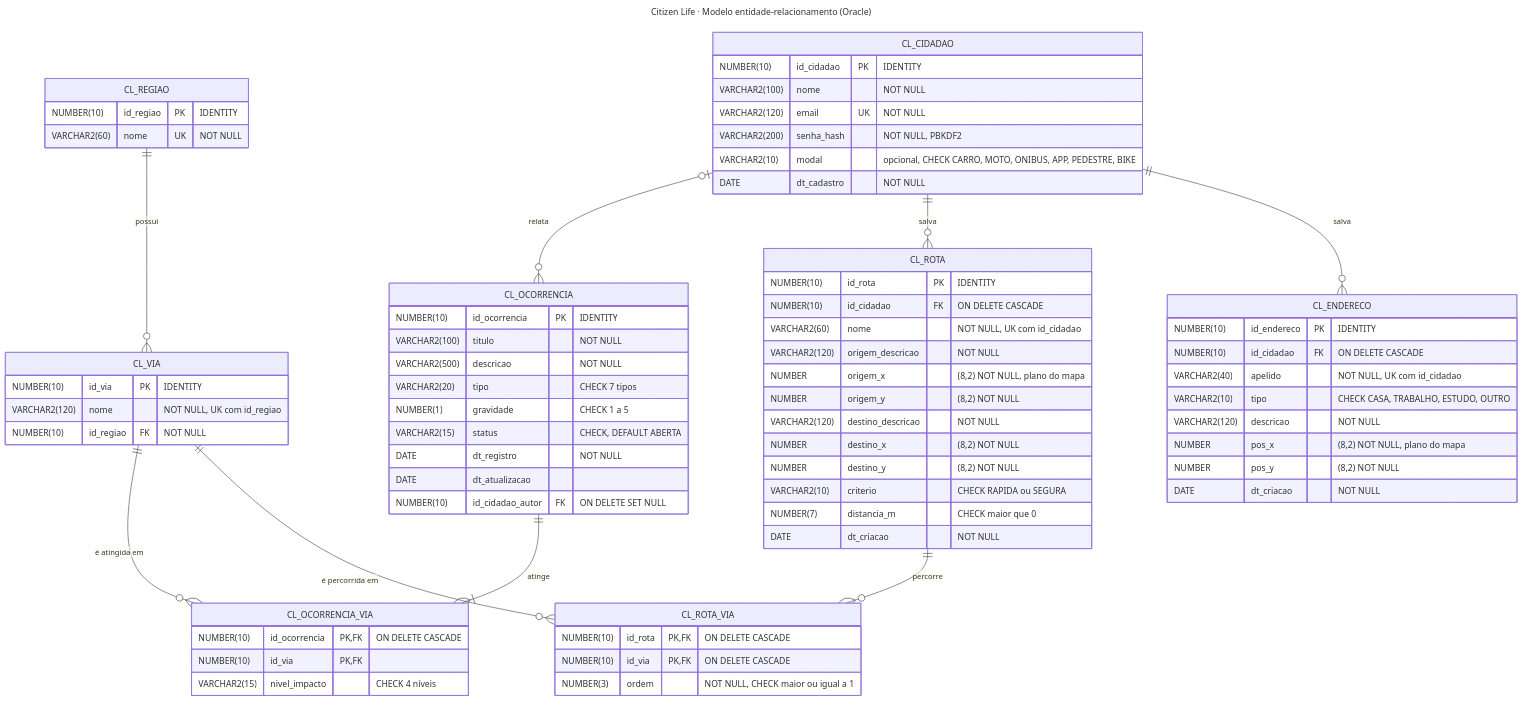
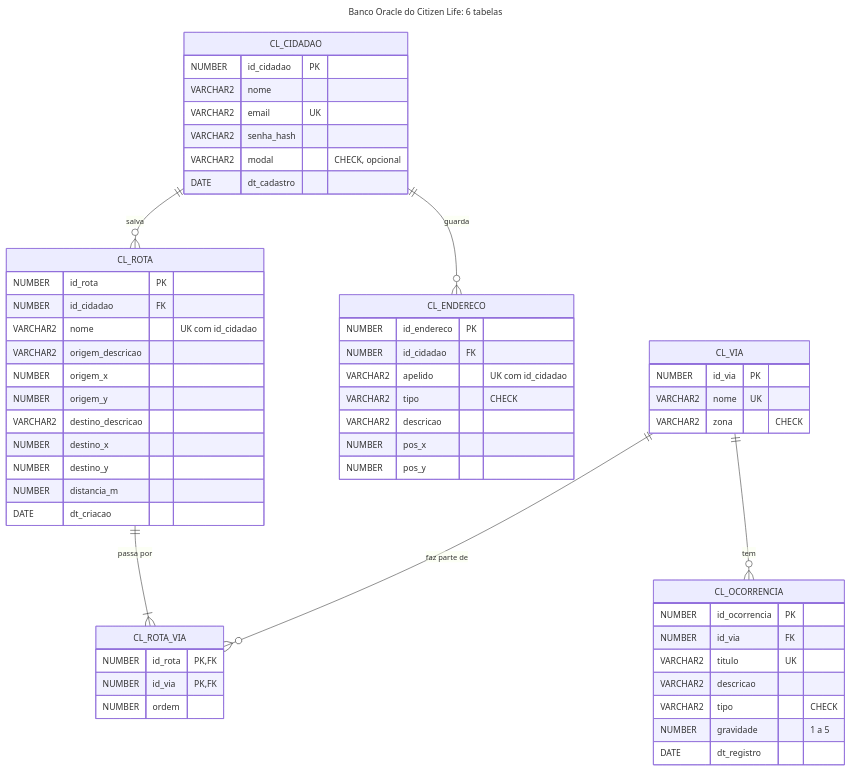
The diagram in docs/diagramas/er.mmd (lucasakira3/CitizenRoute), drawn with Mermaid before and after one commit. The commit also changed 23 other files, not shown here.

First line of the commit message:
Citizen Life simplificado: 20 classes, 6 tabelas e diagramas por camada

```diff
--- a/docs/diagramas/er.mmd
+++ b/docs/diagramas/er.mmd
@@ -1,75 +1,59 @@
 ---
-title: Citizen Life · Modelo entidade-relacionamento (Oracle)
+title: "Banco Oracle do Citizen Life: 6 tabelas"
 ---
 erDiagram
-    CL_REGIAO ||--o{ CL_VIA : "possui"
-    CL_CIDADAO |o--o{ CL_OCORRENCIA : "relata"
-    CL_OCORRENCIA ||--|{ CL_OCORRENCIA_VIA : "atinge"
-    CL_VIA ||--o{ CL_OCORRENCIA_VIA : "é atingida em"
     CL_CIDADAO ||--o{ CL_ROTA : "salva"
-    CL_ROTA ||--o{ CL_ROTA_VIA : "percorre"
-    CL_VIA ||--o{ CL_ROTA_VIA : "é percorrida em"
-    CL_CIDADAO ||--o{ CL_ENDERECO : "salva"
+    CL_CIDADAO ||--o{ CL_ENDERECO : "guarda"
+    CL_ROTA ||--|{ CL_ROTA_VIA : "passa por"
+    CL_VIA ||--o{ CL_ROTA_VIA : "faz parte de"
+    CL_VIA ||--o{ CL_OCORRENCIA : "tem"
 
-    CL_REGIAO {
-        NUMBER(10) id_regiao PK "IDENTITY"
-        VARCHAR2(60) nome UK "NOT NULL"
+    CL_CIDADAO {
+        NUMBER id_cidadao PK
+        VARCHAR2 nome
+        VARCHAR2 email UK
+        VARCHAR2 senha_hash
+        VARCHAR2 modal "CHECK, opcional"
+        DATE dt_cadastro
+    }
+    CL_ROTA {
+        NUMBER id_rota PK
+        NUMBER id_cidadao FK
+        VARCHAR2 nome "UK com id_cidadao"
+        VARCHAR2 origem_descricao
+        NUMBER origem_x
+        NUMBER origem_y
+        VARCHAR2 destino_descricao
+        NUMBER destino_x
+        NUMBER destino_y
+        NUMBER distancia_m
+        DATE dt_criacao
+    }
+    CL_ROTA_VIA {
+        NUMBER id_rota PK,FK
+        NUMBER id_via PK,FK
+        NUMBER ordem
     }
     CL_VIA {
-        NUMBER(10) id_via PK "IDENTITY"
-        VARCHAR2(120) nome "NOT NULL, UK com id_regiao"
-        NUMBER(10) id_regiao FK "NOT NULL"
-    }
-    CL_CIDADAO {
-        NUMBER(10) id_cidadao PK "IDENTITY"
-        VARCHAR2(100) nome "NOT NULL"
-        VARCHAR2(120) email UK "NOT NULL"
-        VARCHAR2(200) senha_hash "NOT NULL, PBKDF2"
-        VARCHAR2(10) modal "opcional, CHECK CARRO, MOTO, ONIBUS, APP, PEDESTRE, BIKE"
-        DATE dt_cadastro "NOT NULL"
+        NUMBER id_via PK
+        VARCHAR2 nome UK
+        VARCHAR2 zona "CHECK"
     }
     CL_OCORRENCIA {
-        NUMBER(10) id_ocorrencia PK "IDENTITY"
-        VARCHAR2(100) titulo "NOT NULL"
-        VARCHAR2(500) descricao "NOT NULL"
-        VARCHAR2(20) tipo "CHECK 7 tipos"
-        NUMBER(1) gravidade "CHECK 1 a 5"
-        VARCHAR2(15) status "CHECK, DEFAULT ABERTA"
-        DATE dt_registro "NOT NULL"
-        DATE dt_atualizacao
-        NUMBER(10) id_cidadao_autor FK "ON DELETE SET NULL"
-    }
-    CL_OCORRENCIA_VIA {
-        NUMBER(10) id_ocorrencia PK, FK "ON DELETE CASCADE"
-        NUMBER(10) id_via PK, FK
-        VARCHAR2(15) nivel_impacto "CHECK 4 níveis"
-    }
-    CL_ROTA {
-        NUMBER(10) id_rota PK "IDENTITY"
-        NUMBER(10) id_cidadao FK "ON DELETE CASCADE"
-        VARCHAR2(60) nome "NOT NULL, UK com id_cidadao"
-        VARCHAR2(120) origem_descricao "NOT NULL"
-        NUMBER origem_x "(8,2) NOT NULL, plano do mapa"
-        NUMBER origem_y "(8,2) NOT NULL"
-        VARCHAR2(120) destino_descricao "NOT NULL"
-        NUMBER destino_x "(8,2) NOT NULL"
-        NUMBER destino_y "(8,2) NOT NULL"
-        VARCHAR2(10) criterio "CHECK RAPIDA ou SEGURA"
-        NUMBER(7) distancia_m "CHECK maior que 0"
-        DATE dt_criacao "NOT NULL"
-    }
-    CL_ROTA_VIA {
-        NUMBER(10) id_rota PK, FK "ON DELETE CASCADE"
-        NUMBER(10) id_via PK, FK "ON DELETE CASCADE"
-        NUMBER(3) ordem "NOT NULL, CHECK maior ou igual a 1"
+        NUMBER id_ocorrencia PK
+        NUMBER id_via FK
+        VARCHAR2 titulo UK
+        VARCHAR2 descricao
+        VARCHAR2 tipo "CHECK"
+        NUMBER gravidade "1 a 5"
+        DATE dt_registro
     }
     CL_ENDERECO {
-        NUMBER(10) id_endereco PK "IDENTITY"
-        NUMBER(10) id_cidadao FK "ON DELETE CASCADE"
-        VARCHAR2(40) apelido "NOT NULL, UK com id_cidadao"
-        VARCHAR2(10) tipo "CHECK CASA, TRABALHO, ESTUDO, OUTRO"
-        VARCHAR2(120) descricao "NOT NULL"
-        NUMBER pos_x "(8,2) NOT NULL, plano do mapa"
-        NUMBER pos_y "(8,2) NOT NULL"
-        DATE dt_criacao "NOT NULL"
+        NUMBER id_endereco PK
+        NUMBER id_cidadao FK
+        VARCHAR2 apelido "UK com id_cidadao"
+        VARCHAR2 tipo "CHECK"
+        VARCHAR2 descricao
+        NUMBER pos_x
+        NUMBER pos_y
     }
```
